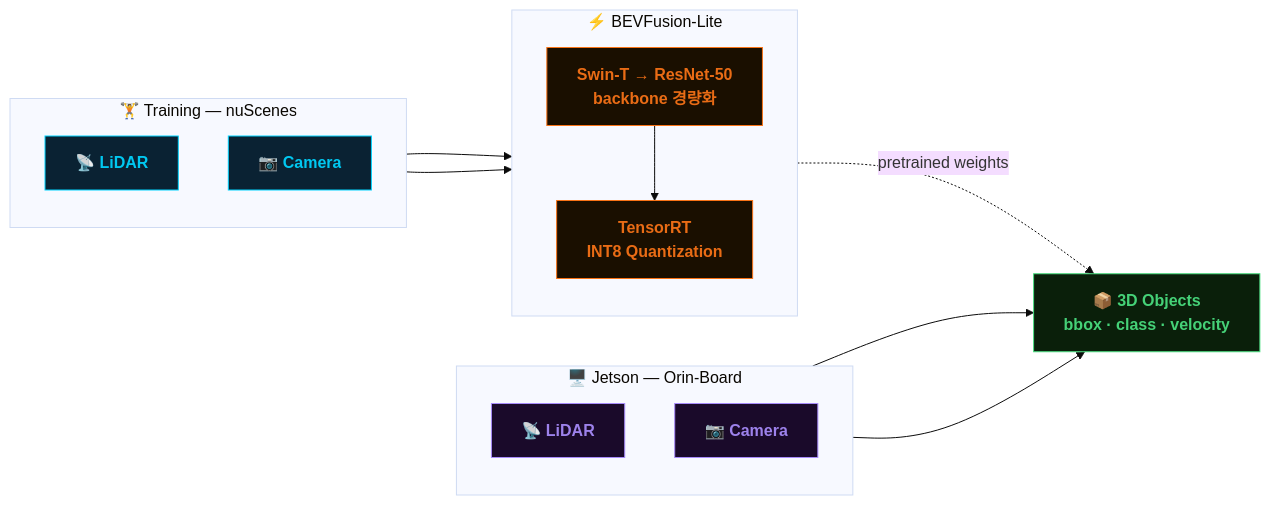
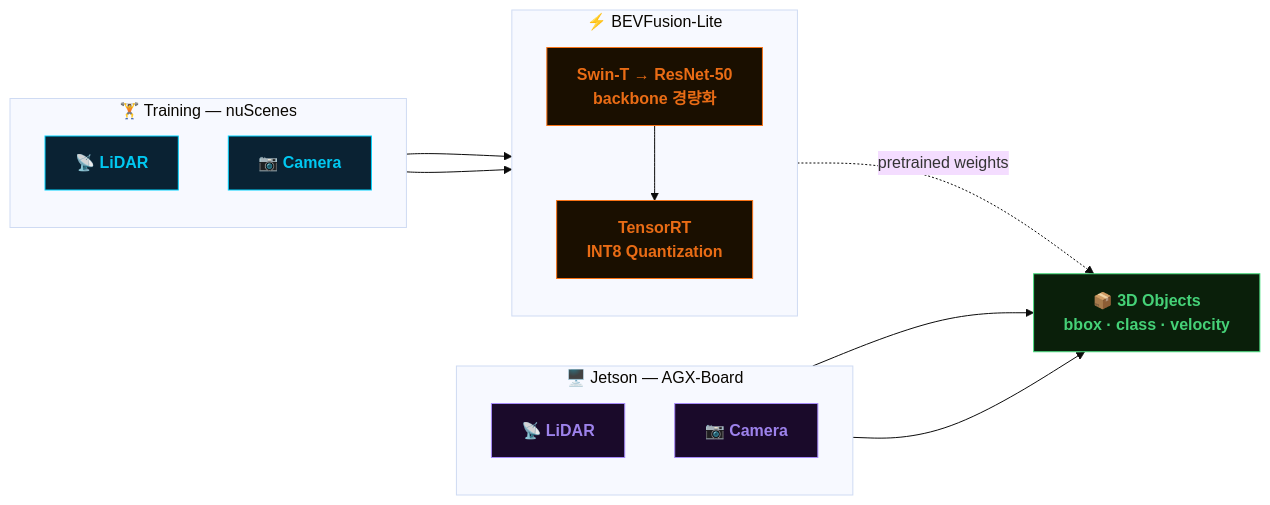
The second of 2 diagrams in README.md (GitHub-hanyunji/Project), drawn with Mermaid (base theme) before and after one commit. The commit also changed other lines of this file, not shown here.

````diff
--- a/README.md
+++ b/README.md
@@ -120,37 +120,37 @@
 ```mermaid
 flowchart LR
     subgraph TRAIN["🏋️ Training  —  nuScenes"]
         direction TB
         NS_L["📡 LiDAR"]
         NS_C["📷 Camera"]
     end
 
     subgraph MODEL["⚡ BEVFusion-Lite"]
         direction TB
         CHANGE["Swin-T → ResNet-50<br/>backbone 경량화"]
         TRT["TensorRT<br/>INT8 Quantization"]
         CHANGE --> TRT
     end
 
-    subgraph JETSON["🖥️ Jetson — Orin-Board"]
+    subgraph JETSON["🖥️ Jetson — AGX-Board"]
         direction TB
         JL["📡 LiDAR"]
         JC["📷 Camera"]
     end
 
     OUT["📦 3D Objects<br/>bbox · class · velocity"]
 
     NS_L & NS_C --> MODEL
     MODEL -. "pretrained weights" .-> OUT
     JL & JC --> OUT
 
     classDef data    fill:#0a2233,stroke:#00d4ff,color:#00d4ffee,font-weight:bold
     classDef model   fill:#1a0f00,stroke:#f97316,color:#f97316ee,font-weight:bold
     classDef jetson  fill:#1a0a2a,stroke:#a78bfa,color:#a78bfaee,font-weight:bold
     classDef output  fill:#0a1f0a,stroke:#4ade80,color:#4ade80ee,font-weight:bold
 
     class NS_L,NS_C data
     class CHANGE,TRT model
     class JL,JC jetson
     class OUT output
 ```
````
